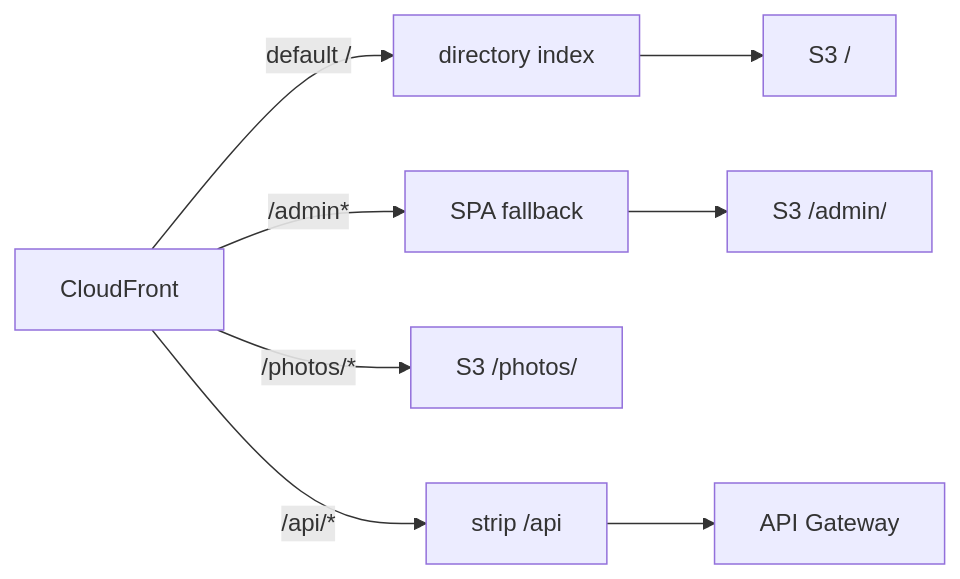
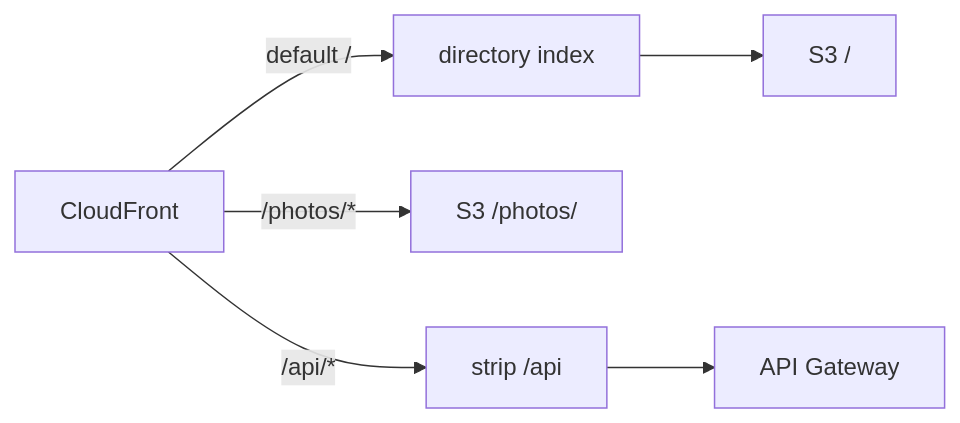
One commit to vasichkin/aws-zero-cost-hosting changed the second of 5 diagrams in docs/DEPLOYMENT.md. Above: the diagram before and after it, drawn with Mermaid. The commit also changed other lines of this file and 19 other files, not shown here.

````diff
--- a/docs/DEPLOYMENT.md
+++ b/docs/DEPLOYMENT.md
@@ -99,7 +84,6 @@
 ```mermaid
 flowchart LR
   CF[CloudFront] -->|default /| Idx["directory index"] --> S3Site["S3 /"]
-  CF -->|/admin*| Spa["SPA fallback"] --> S3Admin["S3 /admin/"]
   CF -->|/photos/*| S3Photos["S3 /photos/"]
   CF -->|/api/*| Fn["strip /api"] --> APIGW["API Gateway"]
 ```
````
